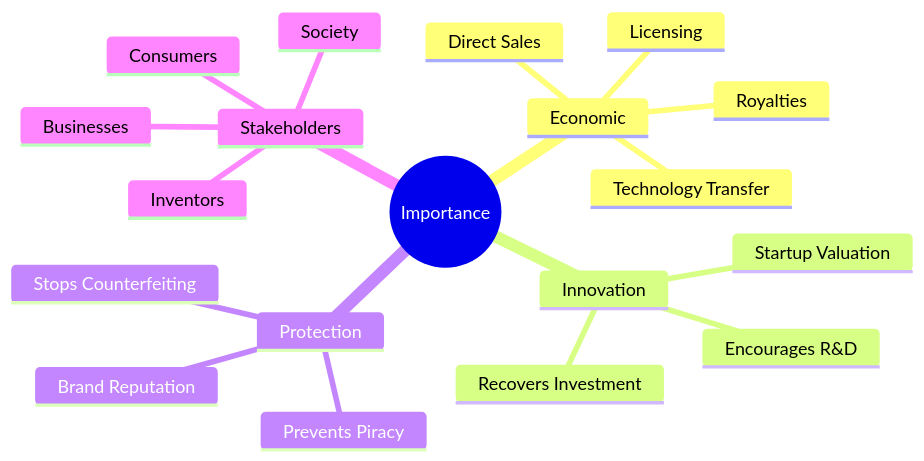
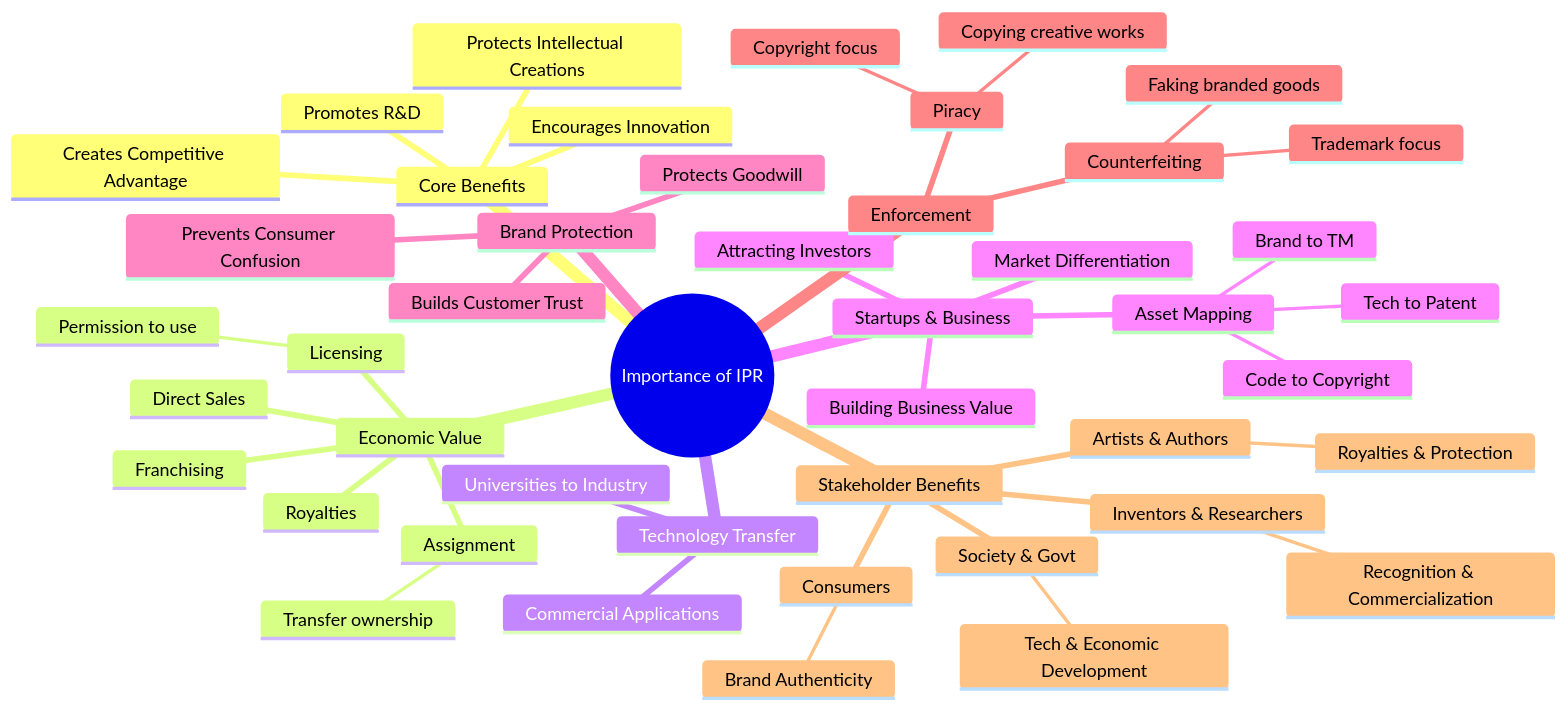
Before and after one commit to Aryns293/IPR: diagram 12 of 12 in 04_Importance_of_IPR.md, drawn with Mermaid.

Commit message:
Expand mindmap in 04_Importance_of_IPR.md

````diff
--- a/04_Importance_of_IPR.md
+++ b/04_Importance_of_IPR.md
@@ -546,22 +546,48 @@
 ```mermaid
 mindmap
-  root((Importance))
-    Economic
+  root((Importance of IPR))
+    Core Benefits
+      Protects Intellectual Creations
+      Encourages Innovation
+      Promotes R&D
+      Creates Competitive Advantage
+    Economic Value
       Direct Sales
       Licensing
+        Permission to use
       Royalties
-      Technology Transfer
-    Innovation
-      Encourages R&D
-      Recovers Investment
-      Startup Valuation
-    Protection
-      Brand Reputation
-      Prevents Piracy
-      Stops Counterfeiting
-    Stakeholders
-      Inventors
-      Businesses
-      Society
+      Assignment
+        Transfer ownership
+      Franchising
+    Technology Transfer
+      Universities to Industry
+      Commercial Applications
+    Startups & Business
+      Attracting Investors
+      Building Business Value
+      Market Differentiation
+      Asset Mapping
+        Tech to Patent
+        Brand to TM
+        Code to Copyright
+    Brand Protection
+      Prevents Consumer Confusion
+      Builds Customer Trust
+      Protects Goodwill
+    Enforcement
+      Piracy
+        Copying creative works
+        Copyright focus
+      Counterfeiting
+        Faking branded goods
+        Trademark focus
+    Stakeholder Benefits
+      Inventors & Researchers
+        Recognition & Commercialization
+      Artists & Authors
+        Royalties & Protection
       Consumers
+        Brand Authenticity
+      Society & Govt
+        Tech & Economic Development
 ```
````
